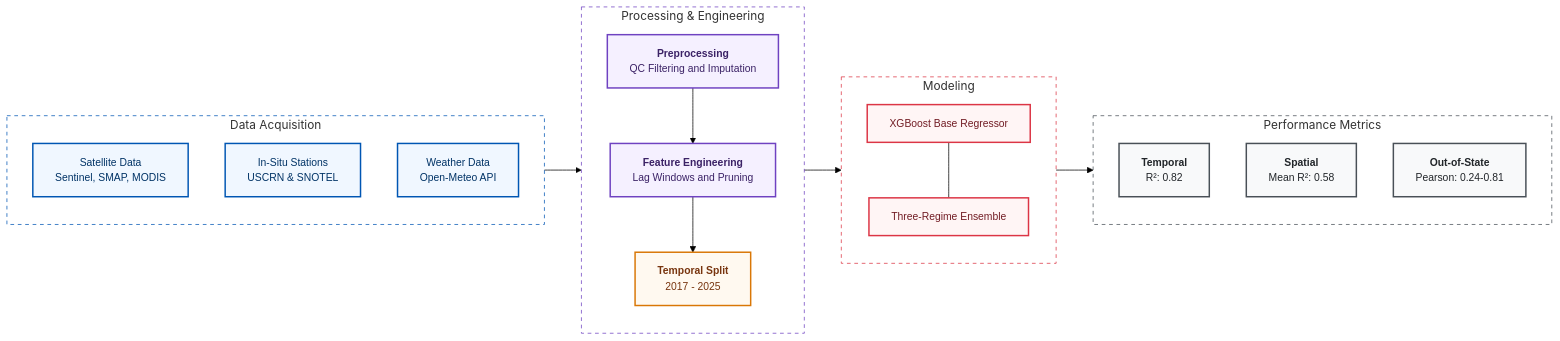
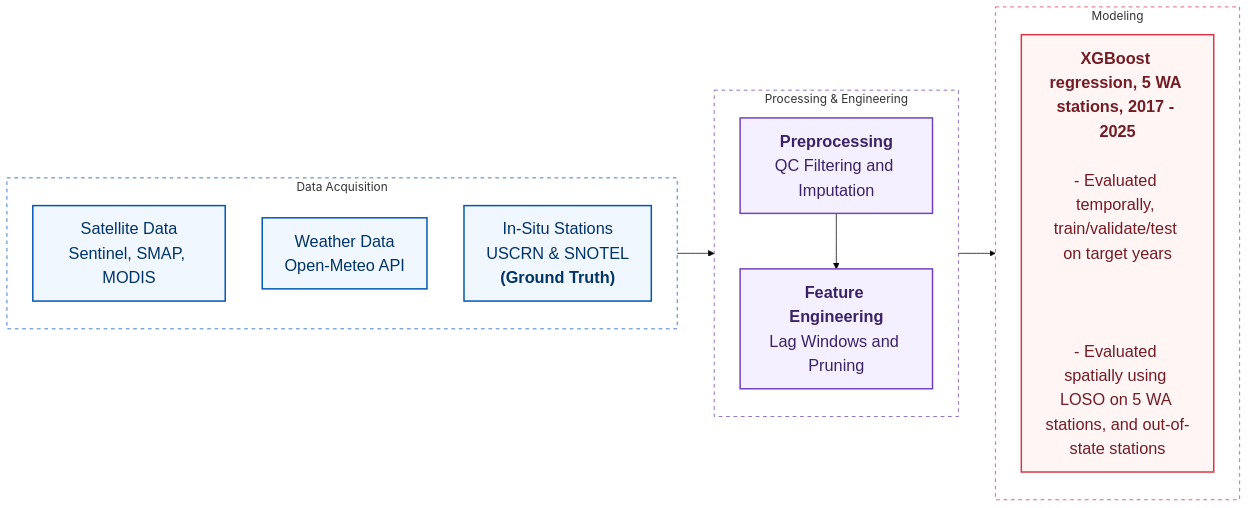
Before and after one commit to KerryCheon/MDR-Project: the diagram in docs/pipeline_diagram.md, drawn with Mermaid (forest theme). The commit also changed 29 other files, not shown here.

````diff
--- a/docs/pipeline_diagram.md
+++ b/docs/pipeline_diagram.md
@@ -3,59 +3,45 @@
 ```mermaid
 flowchart LR
     %% Global Configuration
-    classDef default font-family:Arial,font-size:14px;
-    classDef header font-weight:bold,font-size:16px;
+    classDef default font-family:Arial,font-size:22px;
+    classDef header font-weight:bold,font-size:25px;
 
     %% Node Styles
     classDef blue fill:#f0f7ff,stroke:#0056b3,stroke-width:2px,color:#003366
     classDef purple fill:#f5f0ff,stroke:#6f42c1,stroke-width:2px,color:#3b2266
     classDef orange fill:#fff9f0,stroke:#d97706,stroke-width:2px,color:#78350f
     classDef red fill:#fff5f5,stroke:#dc3545,stroke-width:2px,color:#721c24
     classDef grey fill:#f8f9fa,stroke:#495057,stroke-width:2px,color:#212529
 
     %% STAGE 1: Horizontal sources
     subgraph SOURCES [Data Acquisition]
         direction TB
-        S1[Satellite Data<br/>Sentinel, SMAP, MODIS]:::blue
-        S2[In-Situ Stations<br/>USCRN & SNOTEL]:::blue
-        S3[Weather Data<br/>Open-Meteo API]:::blue
+        S1["Satellite Data<br/>Sentinel, SMAP, MODIS"]:::blue
+        S3["Weather Data<br/>Open-Meteo API"]:::blue
+        S2["In-Situ Stations<br/>USCRN & SNOTEL<br/><b>(Ground Truth)</b>"]:::blue
     end
 
-    %% STAGE 2: Vertical pipeline (takes up the middle height)
+    %% STAGE 2: Vertical pipeline
     subgraph PIPELINE [Processing & Engineering]
         direction TB
-        P1[<b>Preprocessing</b><br/>QC Filtering and Imputation]:::purple
-        P2[<b>Feature Engineering</b><br/>Lag Windows and Pruning]:::purple
-        P3[<b>Temporal Split</b><br/>2017 - 2025]:::orange
+        P1["<b>Preprocessing</b><br/>QC Filtering and Imputation"]:::purple
+        P2["<b>Feature Engineering</b><br/>Lag Windows and Pruning"]:::purple
 
-        P1 --> P2 --> P3
+        P1 --> P2
     end
 
     %% STAGE 3: Stacked model
     subgraph MODEL [Modeling]
         direction TB
-        M1[XGBoost Base Regressor]:::red
-        M2[Three-Regime Ensemble]:::red
-
-        M1 --- M2
-    end
-
-    %% STAGE 4: Stacked results
-    subgraph EVAL [Performance Metrics]
-        direction TB
-        E1[<b>Temporal</b><br/>R²: 0.82]:::grey
-        E2[<b>Spatial</b><br/>Mean R²: 0.58]:::grey
-        E3[<b>Out-of-State</b><br/>Pearson: 0.24-0.81]:::grey
+        M1["<b>XGBoost regression, 5 WA stations, 2017 - 2025</b><br/><br/>- Evaluated temporally, train/validate/test on target years<br/><br/><br/><br/>- Evaluated spatially using LOSO on 5 WA stations, and out-of-state stations"]:::red
     end
 
     %% Main Horizontal Flow
     SOURCES --> PIPELINE
     PIPELINE --> MODEL
-    MODEL --> EVAL
 
     %% Subgraph Styling
     style SOURCES fill:none,stroke:#0056b3,stroke-dasharray: 5 5
     style PIPELINE fill:none,stroke:#6f42c1,stroke-dasharray: 5 5
     style MODEL fill:none,stroke:#dc3545,stroke-dasharray: 5 5
-    style EVAL fill:none,stroke:#495057,stroke-dasharray: 5 5
 ```
````
